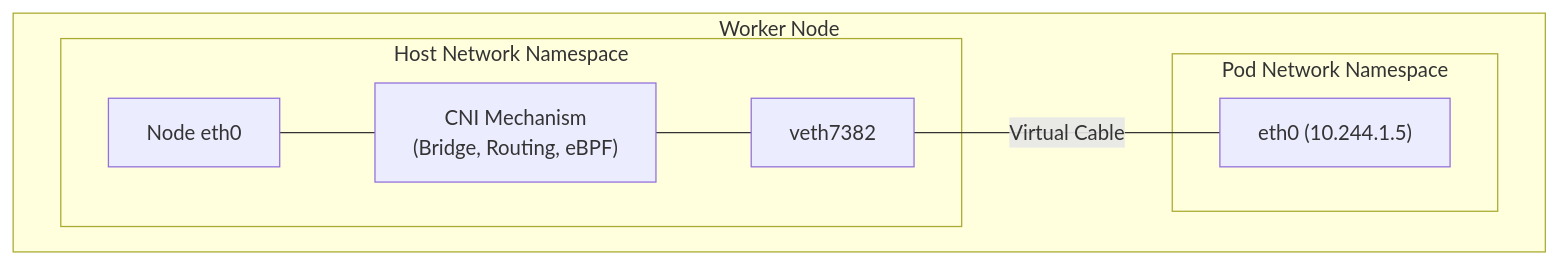
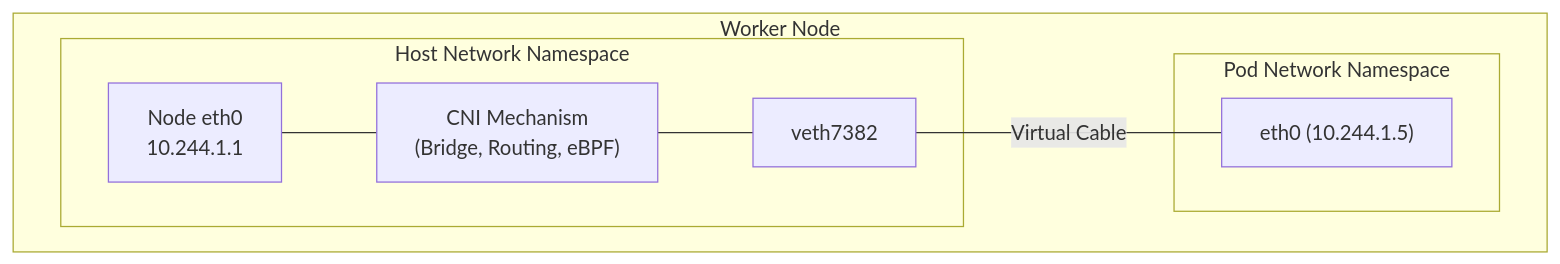
One commit to SRodi/srodi.github.io changed the second of 7 diagrams in _posts/2025-09-07-kubernetes-networking-series-part-2.md. Above: the diagram before and after it, drawn with Mermaid. The commit also changed other lines of this file and 4 other files, not shown here.

````diff
--- a/_posts/2025-09-07-kubernetes-networking-series-part-2.md
+++ b/_posts/2025-09-07-kubernetes-networking-series-part-2.md
@@ -64,20 +64,20 @@
 ```mermaid
 graph TB
     subgraph Node ["Worker Node"]
         
         subgraph HostNS ["Host Network Namespace"]
-            NodeEth["Node eth0"]
+            NodeEth["Node eth0<br>10.244.1.1"]
             CNI_Mechanism["CNI Mechanism<br>(Bridge, Routing, eBPF)"]
             Veth_Host["veth7382"]
         end
 
         subgraph PodNS ["Pod Network Namespace"]
             Eth0_Pod["eth0 (10.244.1.5)"]
         end
 
         %% Wiring
         NodeEth --- CNI_Mechanism
         CNI_Mechanism --- Veth_Host
         Veth_Host -- "Virtual Cable" --- Eth0_Pod
     end
 ```
````
